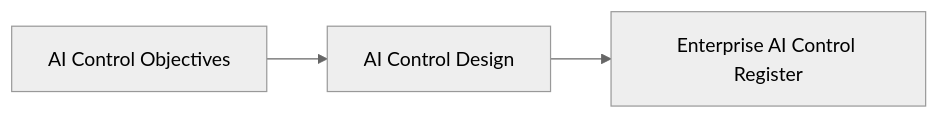
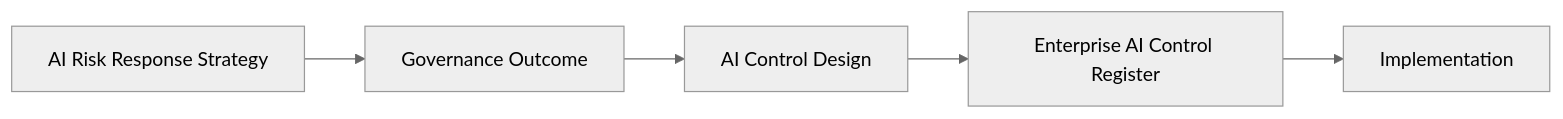
The diagram in 05-AI-Controls/01-AI-Control-Design-Standard.md (Governor-AK/enterprise-ai-governance-playbook), drawn with Mermaid (neutral theme) before and after one commit. The commit also changed other lines of this file and 1 other file, not shown here.

Commit message:
feat(ai-controls): evolve implementation plan into implementation record

````diff
--- a/05-AI-Controls/01-AI-Control-Design-Standard.md
+++ b/05-AI-Controls/01-AI-Control-Design-Standard.md
@@ -29,7 +51,9 @@
 ```mermaid
 flowchart LR
 
-A[AI Control Objectives]
---> B[AI Control Design]
---> C[Enterprise AI Control Register]
+A[AI Risk Response Strategy]
+--> B[Governance Outcome]
+--> C[AI Control Design]
+--> D[Enterprise AI Control Register]
+--> E[Implementation]
 ```
````
